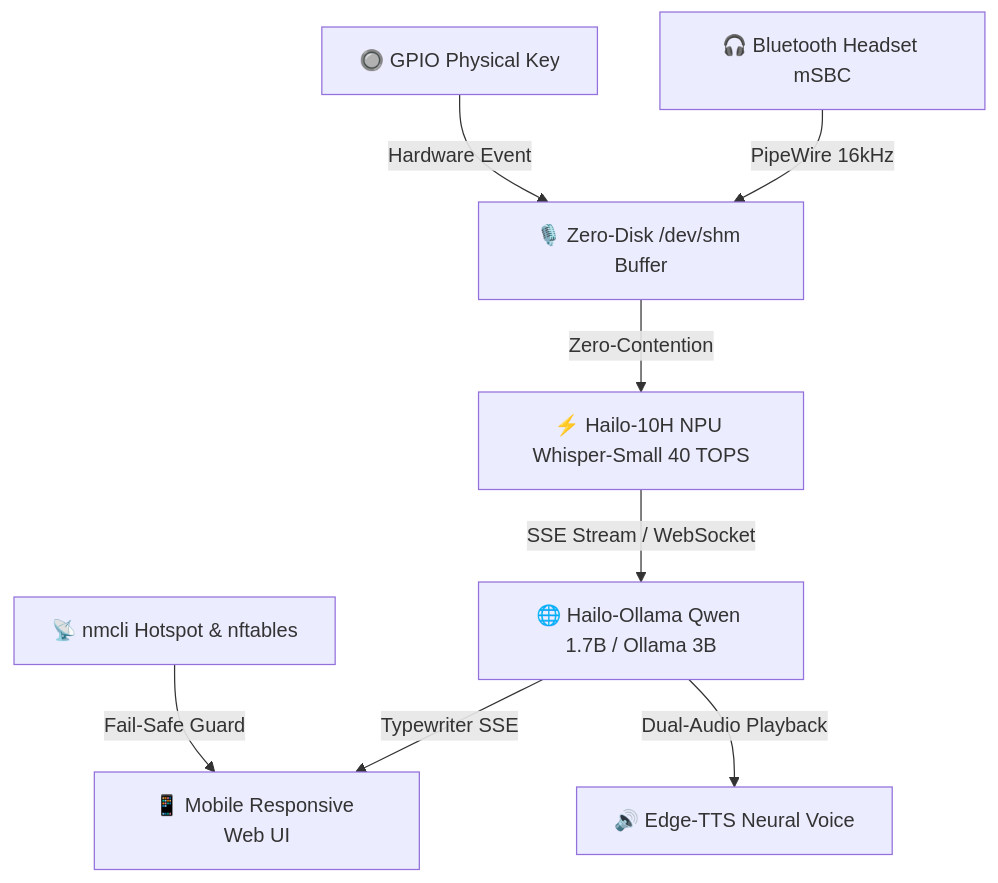
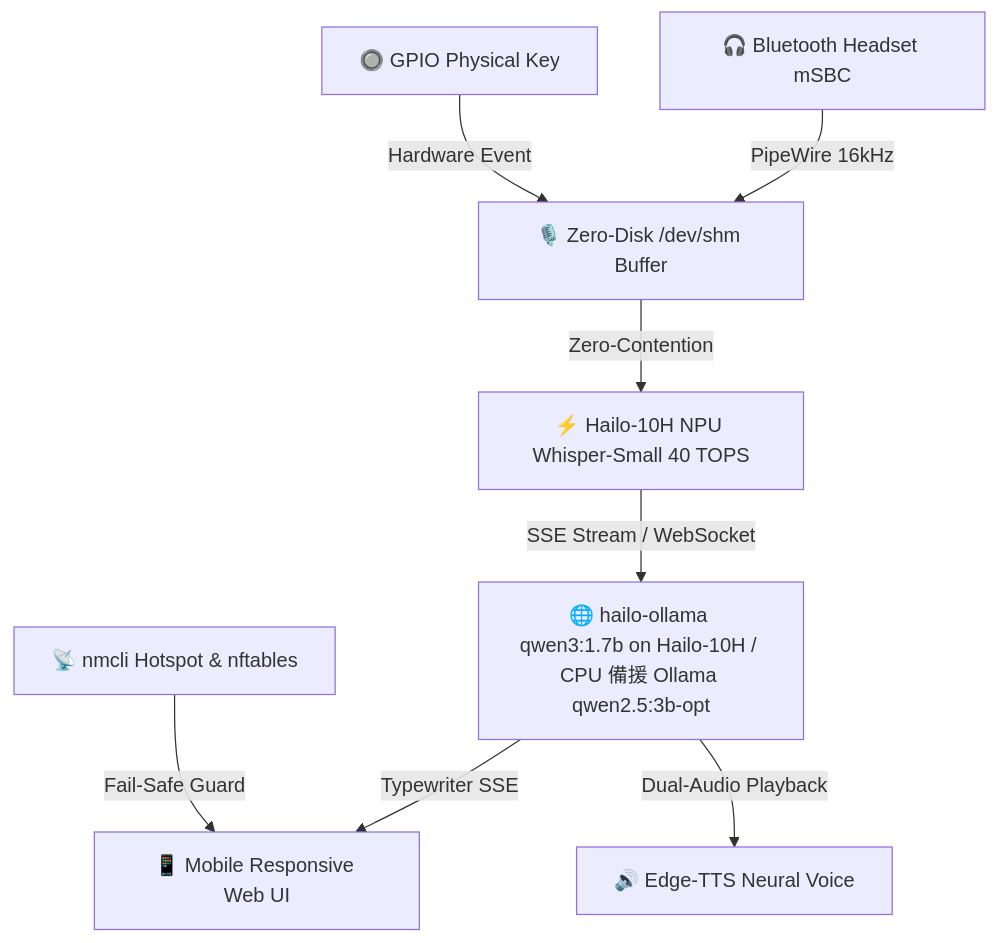
One commit to leemailto2008/pi5-hailo-localnote changed the diagram in README.md. Above: the diagram before and after it, drawn with Mermaid. The commit also changed other lines of this file and 1 other file, not shown here.

````diff
--- a/README.md
+++ b/README.md
@@ -23,10 +24,10 @@
 ```mermaid
 graph TD
     BT[🎧 Bluetooth Headset mSBC] -->|PipeWire 16kHz| CAP[🎙️ Zero-Disk /dev/shm Buffer]
     CAP -->|Zero-Contention| STT[⚡ Hailo-10H NPU Whisper-Small 40 TOPS]
-    STT -->|SSE Stream / WebSocket| LLM[🌐 Hailo-Ollama Qwen 1.7B / Ollama 3B]
+    STT -->|SSE Stream / WebSocket| LLM[🌐 hailo-ollama qwen3:1.7b on Hailo-10H / CPU 備援 Ollama qwen2.5:3b-opt]
     LLM -->|Typewriter SSE| WEB[📱 Mobile Responsive Web UI]
     LLM -->|Dual-Audio Playback| TTS[🔊 Edge-TTS Neural Voice]
     KEY[🔘 GPIO Physical Key] -->|Hardware Event| CAP
     WIFI[📡 nmcli Hotspot & nftables] -->|Fail-Safe Guard| WEB
 ```
````
